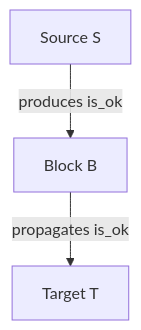
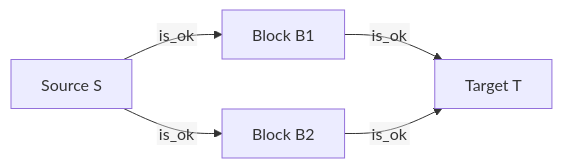
One commit to edgemind-sas/muscadet changed the third of 3 diagrams in README.md. Above: the diagram before and after it, drawn with Mermaid. The commit also changed other lines of this file and 3 other files, not shown here.

````diff
--- a/README.md
+++ b/README.md
@@ -157,5 +192,14 @@
 ```mermaid
-graph TD;
-    A[Source S] -->|produces is_ok| B[Block B];
-    B -->|propagates is_ok| C[Target T];
+%%{
+  init: {
+    'securityLevel': 'loose',
+    'theme': 'default',
+    'htmlLabels': false
+  }
+}%%
+graph LR;
+    S[Source S] -->|is_ok| B1[Block B1];
+	S[Source S] -->|is_ok| B2[Block B2];
+    B1 -->|is_ok| T[Target T];
+	B2 -->|is_ok| T[Target T];
 ```
````
